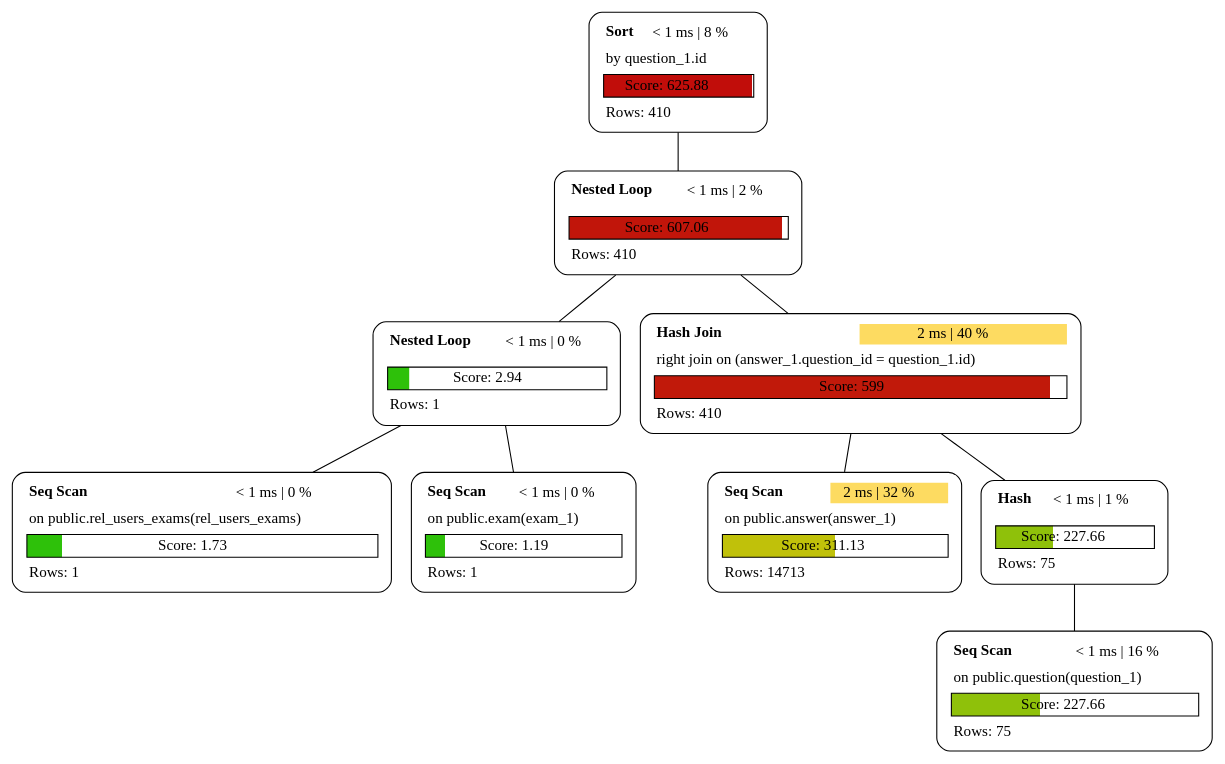
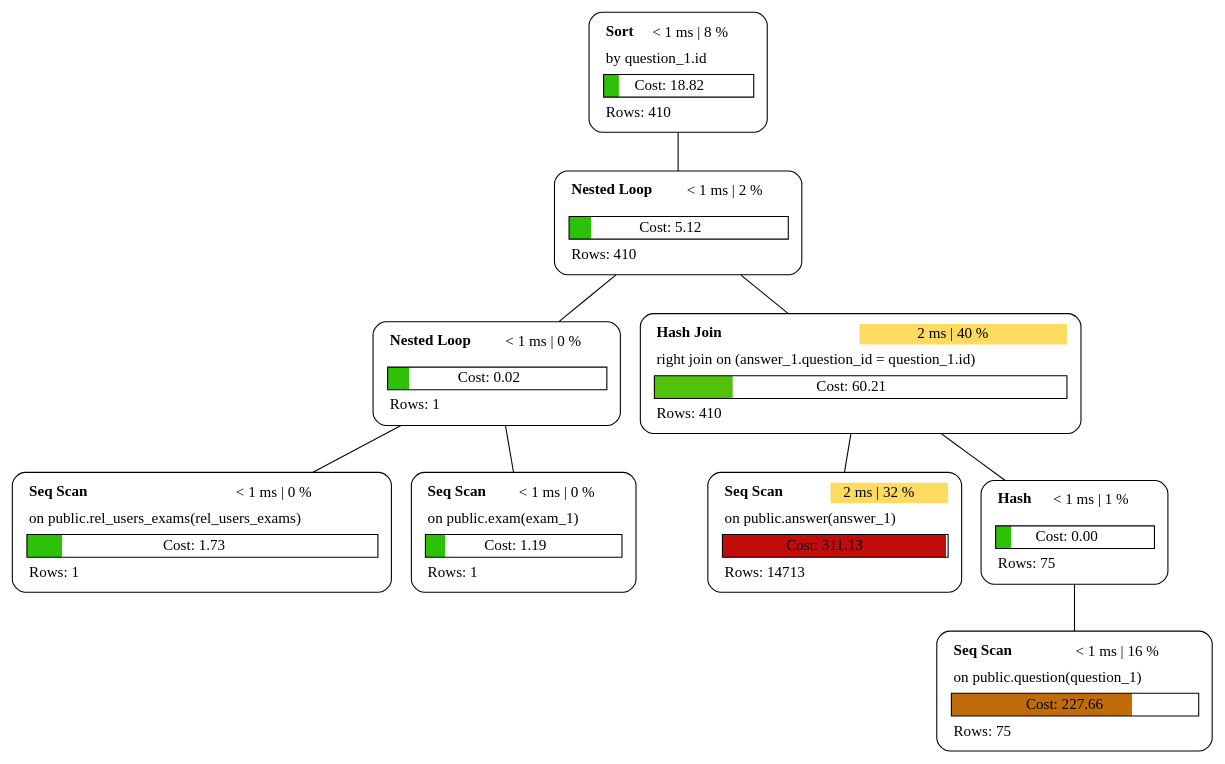
Before and after one commit to sanpii/explain: the diagram in examples/plan_2.dot, drawn with Graphviz. The commit also changed 16 other files, not shown here.

```diff
--- a/examples/plan_2.dot
+++ b/examples/plan_2.dot
@@ -1,19 +1,19 @@
 graph explain {
-    node0[label=<<table border="0" cellborder="0" cellspacing="5"><tr><td align="left"><b>Sort</b></td><td>&lt; 1 ms | 8 %</td></tr><tr><td colspan="2" align="left">by question_1.id</td></tr><tr><td colspan="2" border="1" bgcolor="#c10d0a;0.99:white">Score: 625.88</td></tr><tr><td colspan="2" align="left">Rows: 410</td></tr></table>>][style="rounded"][shape="box"];
-    node1[label=<<table border="0" cellborder="0" cellspacing="5"><tr><td align="left"><b>Nested Loop</b></td><td>&lt; 1 ms | 2 %</td></tr><tr><td colspan="2" align="left"></td></tr><tr><td colspan="2" border="1" bgcolor="#c1150a;0.97:white">Score: 607.06</td></tr><tr><td colspan="2" align="left">Rows: 410</td></tr></table>>][style="rounded"][shape="box"];
-    node2[label=<<table border="0" cellborder="0" cellspacing="5"><tr><td align="left"><b>Nested Loop</b></td><td>&lt; 1 ms | 0 %</td></tr><tr><td colspan="2" align="left"></td></tr><tr><td colspan="2" border="1" bgcolor="#2ec10a;0.10:white">Score: 2.94</td></tr><tr><td colspan="2" align="left">Rows: 1</td></tr></table>>][style="rounded"][shape="box"];
-    node3[label=<<table border="0" cellborder="0" cellspacing="5"><tr><td align="left"><b>Seq Scan</b></td><td>&lt; 1 ms | 0 %</td></tr><tr><td colspan="2" align="left">on public.rel_users_exams(rel_users_exams)</td></tr><tr><td colspan="2" border="1" bgcolor="#2ec10a;0.10:white">Score: 1.73</td></tr><tr><td colspan="2" align="left">Rows: 1</td></tr></table>>][style="rounded"][shape="box"];
-    node4[label=<<table border="0" cellborder="0" cellspacing="5"><tr><td align="left"><b>Seq Scan</b></td><td>&lt; 1 ms | 0 %</td></tr><tr><td colspan="2" align="left">on public.exam(exam_1)</td></tr><tr><td colspan="2" border="1" bgcolor="#2ec10a;0.10:white">Score: 1.19</td></tr><tr><td colspan="2" align="left">Rows: 1</td></tr></table>>][style="rounded"][shape="box"];
-    node5[label=<<table border="0" cellborder="0" cellspacing="5"><tr><td align="left"><b>Hash Join</b></td><td bgcolor="#fddb61">2 ms | 40 %</td></tr><tr><td colspan="2" align="left">right join on (answer_1.question_id = question_1.id)</td></tr><tr><td colspan="2" border="1" bgcolor="#c1190a;0.96:white">Score: 599</td></tr><tr><td colspan="2" align="left">Rows: 410</td></tr></table>>][style="rounded"][shape="box"];
-    node6[label=<<table border="0" cellborder="0" cellspacing="5"><tr><td align="left"><b>Seq Scan</b></td><td bgcolor="#fddb61">2 ms | 32 %</td></tr><tr><td colspan="2" align="left">on public.answer(answer_1)</td></tr><tr><td colspan="2" border="1" bgcolor="#c0c10a;0.50:white">Score: 311.13</td></tr><tr><td colspan="2" align="left">Rows: 14713</td></tr></table>>][style="rounded"][shape="box"];
-    node7[label=<<table border="0" cellborder="0" cellspacing="5"><tr><td align="left"><b>Hash</b></td><td>&lt; 1 ms | 1 %</td></tr><tr><td colspan="2" align="left"></td></tr><tr><td colspan="2" border="1" bgcolor="#8fc10a;0.36:white">Score: 227.66</td></tr><tr><td colspan="2" align="left">Rows: 75</td></tr></table>>][style="rounded"][shape="box"];
-    node8[label=<<table border="0" cellborder="0" cellspacing="5"><tr><td align="left"><b>Seq Scan</b></td><td>&lt; 1 ms | 16 %</td></tr><tr><td colspan="2" align="left">on public.question(question_1)</td></tr><tr><td colspan="2" border="1" bgcolor="#8fc10a;0.36:white">Score: 227.66</td></tr><tr><td colspan="2" align="left">Rows: 75</td></tr></table>>][style="rounded"][shape="box"];
+    node0[label=<<table border="0" cellborder="0" cellspacing="5"><tr><td align="left"><b>Sort</b></td><td>&lt; 1 ms | 8 %</td></tr><tr><td colspan="2" align="left">by question_1.id</td></tr><tr><td colspan="2" border="1" bgcolor="#2ec10a;0.10:white">Cost: 18.82</td></tr><tr><td colspan="2" align="left">Rows: 410</td></tr></table>>][style="rounded"][shape="box"];
+    node1[label=<<table border="0" cellborder="0" cellspacing="5"><tr><td align="left"><b>Nested Loop</b></td><td>&lt; 1 ms | 2 %</td></tr><tr><td colspan="2" align="left"></td></tr><tr><td colspan="2" border="1" bgcolor="#2ec10a;0.10:white">Cost: 5.12</td></tr><tr><td colspan="2" align="left">Rows: 410</td></tr></table>>][style="rounded"][shape="box"];
+    node2[label=<<table border="0" cellborder="0" cellspacing="5"><tr><td align="left"><b>Nested Loop</b></td><td>&lt; 1 ms | 0 %</td></tr><tr><td colspan="2" align="left"></td></tr><tr><td colspan="2" border="1" bgcolor="#2ec10a;0.10:white">Cost: 0.02</td></tr><tr><td colspan="2" align="left">Rows: 1</td></tr></table>>][style="rounded"][shape="box"];
+    node3[label=<<table border="0" cellborder="0" cellspacing="5"><tr><td align="left"><b>Seq Scan</b></td><td>&lt; 1 ms | 0 %</td></tr><tr><td colspan="2" align="left">on public.rel_users_exams(rel_users_exams)</td></tr><tr><td colspan="2" border="1" bgcolor="#2ec10a;0.10:white">Cost: 1.73</td></tr><tr><td colspan="2" align="left">Rows: 1</td></tr></table>>][style="rounded"][shape="box"];
+    node4[label=<<table border="0" cellborder="0" cellspacing="5"><tr><td align="left"><b>Seq Scan</b></td><td>&lt; 1 ms | 0 %</td></tr><tr><td colspan="2" align="left">on public.exam(exam_1)</td></tr><tr><td colspan="2" border="1" bgcolor="#2ec10a;0.10:white">Cost: 1.19</td></tr><tr><td colspan="2" align="left">Rows: 1</td></tr></table>>][style="rounded"][shape="box"];
+    node5[label=<<table border="0" cellborder="0" cellspacing="5"><tr><td align="left"><b>Hash Join</b></td><td bgcolor="#fddb61">2 ms | 40 %</td></tr><tr><td colspan="2" align="left">right join on (answer_1.question_id = question_1.id)</td></tr><tr><td colspan="2" border="1" bgcolor="#51c10a;0.19:white">Cost: 60.21</td></tr><tr><td colspan="2" align="left">Rows: 410</td></tr></table>>][style="rounded"][shape="box"];
+    node6[label=<<table border="0" cellborder="0" cellspacing="5"><tr><td align="left"><b>Seq Scan</b></td><td bgcolor="#fddb61">2 ms | 32 %</td></tr><tr><td colspan="2" align="left">on public.answer(answer_1)</td></tr><tr><td colspan="2" border="1" bgcolor="#c10d0a;0.99:white">Cost: 311.13</td></tr><tr><td colspan="2" align="left">Rows: 14713</td></tr></table>>][style="rounded"][shape="box"];
+    node7[label=<<table border="0" cellborder="0" cellspacing="5"><tr><td align="left"><b>Hash</b></td><td>&lt; 1 ms | 1 %</td></tr><tr><td colspan="2" align="left"></td></tr><tr><td colspan="2" border="1" bgcolor="#2ec10a;0.10:white">Cost: 0.00</td></tr><tr><td colspan="2" align="left">Rows: 75</td></tr></table>>][style="rounded"][shape="box"];
+    node8[label=<<table border="0" cellborder="0" cellspacing="5"><tr><td align="left"><b>Seq Scan</b></td><td>&lt; 1 ms | 16 %</td></tr><tr><td colspan="2" align="left">on public.question(question_1)</td></tr><tr><td colspan="2" border="1" bgcolor="#c16c0a;0.73:white">Cost: 227.66</td></tr><tr><td colspan="2" align="left">Rows: 75</td></tr></table>>][style="rounded"][shape="box"];
     node0 -- node1[label=""];
     node1 -- node2[label=""];
     node2 -- node3[label=""];
     node2 -- node4[label=""];
     node1 -- node5[label=""];
     node5 -- node6[label=""];
     node5 -- node7[label=""];
     node7 -- node8[label=""];
 }
```
